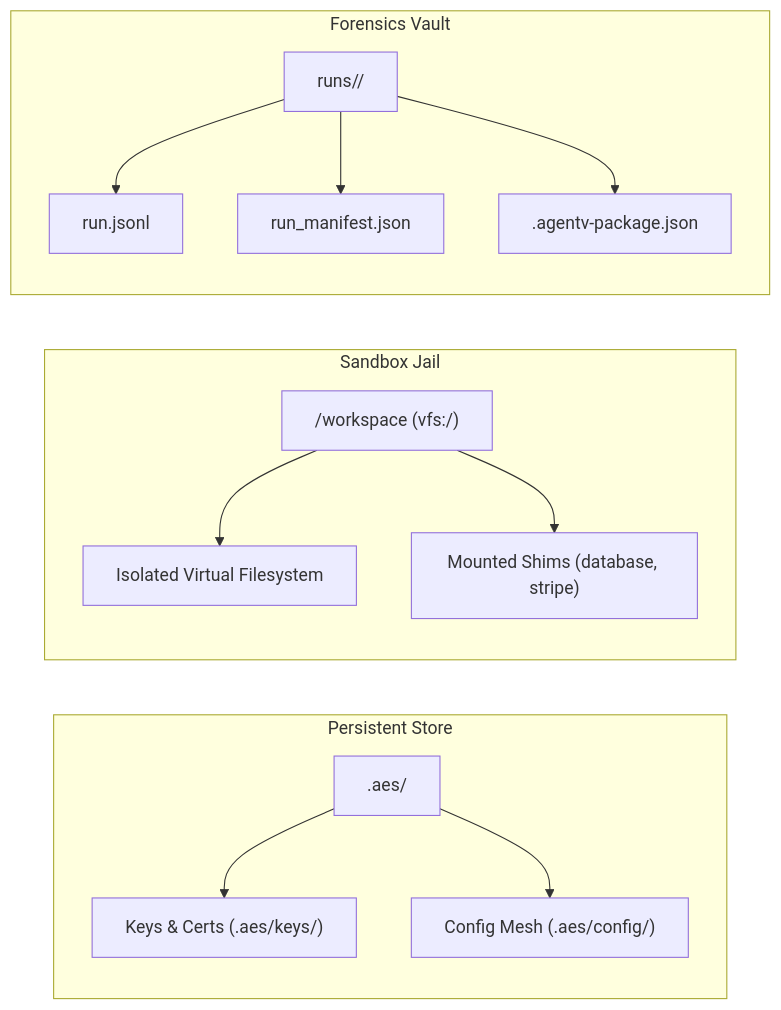
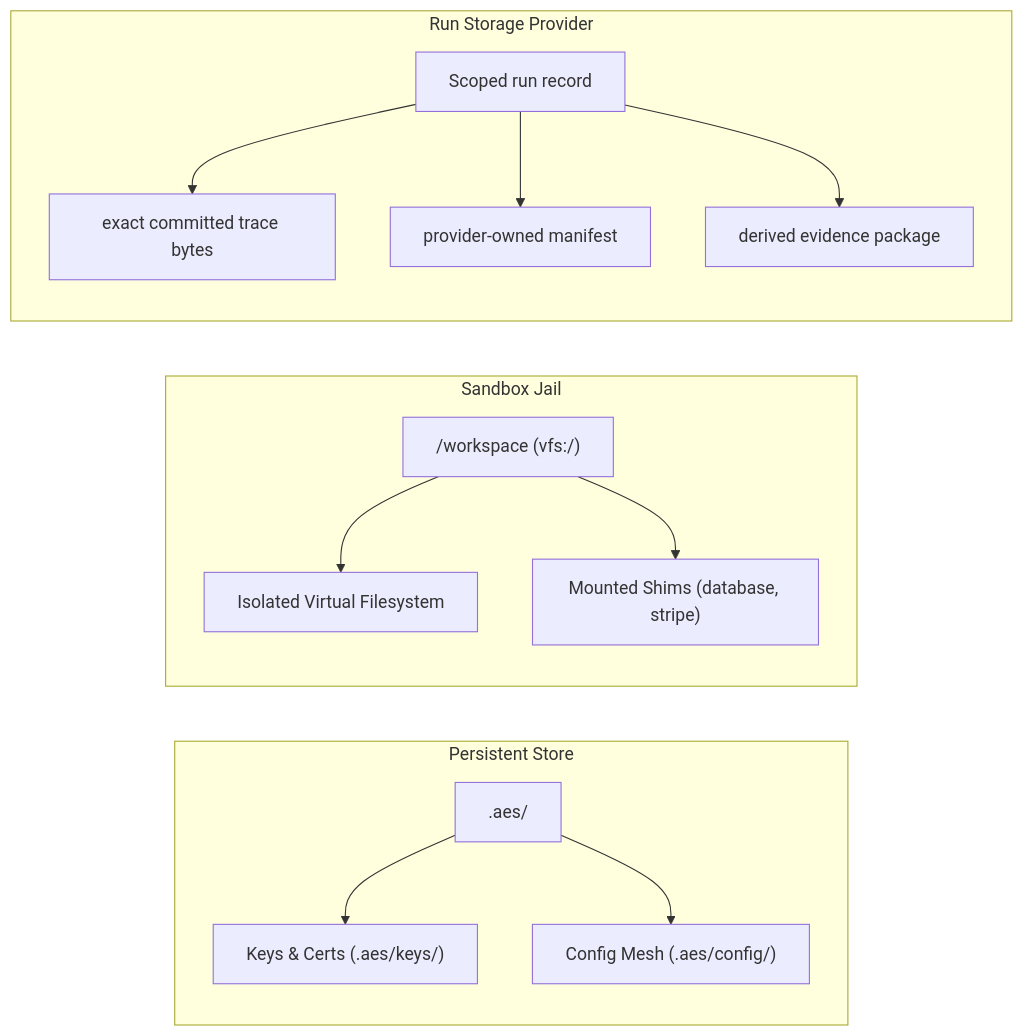
One commit to najeed/ai-agent-eval-harness changed the diagram in docs/src/content/docs/spec/aes_schema.md. Above: the diagram before and after it, drawn with Mermaid. The commit also changed other lines of this file and 185 other files, not shown here.

````diff
--- a/docs/src/content/docs/spec/aes_schema.md
+++ b/docs/src/content/docs/spec/aes_schema.md
@@ -130,18 +130,18 @@
 ```mermaid
 graph LR
     subgraph Persistent Store
         AES[".aes/"] --> Keys["Keys & Certs (.aes/keys/)"]
         AES --> Config["Config Mesh (.aes/config/)"]
     end
     
     subgraph Sandbox Jail
         Jail["/workspace (vfs:/)"] --> VFS["Isolated Virtual Filesystem"]
         Jail --> Shims["Mounted Shims (database, stripe)"]
     end
     
-    subgraph Forensics Vault
-        Vault["runs/<run_id>/"] --> Trace["run.jsonl"]
-        Vault --> Manifest["run_manifest.json"]
-        Vault --> Pkg[".agentv-package.json"]
+    subgraph Run Storage Provider
+        Provider["Scoped run record"] --> Trace["exact committed trace bytes"]
+        Provider --> Manifest["provider-owned manifest"]
+        Provider --> Pkg["derived evidence package"]
     end
 ```
````
